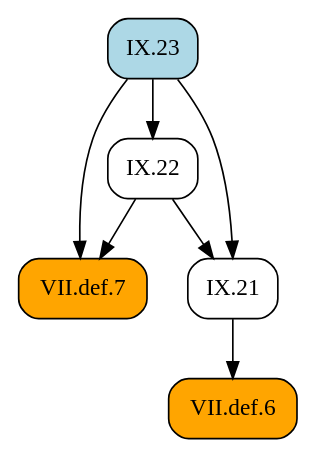
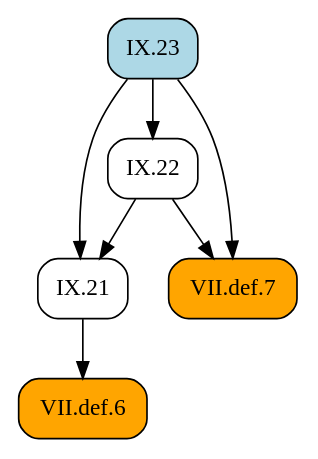
One commit to geometor/elements changed the diagram in docsrc/heath/IX/23/index.rst. Above: the diagram before and after it, drawn with Graphviz. The commit also changed other lines of this file and 1029 other files, not shown here.

```diff
--- a/docsrc/heath/IX/23/index.rst
+++ b/docsrc/heath/IX/23/index.rst
@@ -34,17 +34,17 @@
 .. graphviz::
 
    digraph {
      rankdir="TB";
      node [shape=box, style=rounded];
+     "IX.21" [URL="/heath/IX/21/", target="_top"];
+     "IX.23" [style="rounded,filled", fillcolor=lightblue, URL="/heath/IX/23/", target="_top"];
+     "VII.def.6" [style="rounded,filled", fillcolor=orange, URL="/heath/VII/def.6/", target="_top"];
+     "IX.22" [URL="/heath/IX/22/", target="_top"];
      "VII.def.7" [style="rounded,filled", fillcolor=orange, URL="/heath/VII/def.7/", target="_top"];
-     "IX.21" [URL="/heath/IX/21/", target="_top"];
-     "IX.22" [URL="/heath/IX/22/", target="_top"];
-     "VII.def.6" [style="rounded,filled", fillcolor=orange, URL="/heath/VII/def.6/", target="_top"];
-     "IX.23" [style="rounded,filled", fillcolor=lightblue, URL="/heath/IX/23/", target="_top"];
+     "IX.22" -> "IX.21";
+     "IX.23" -> "IX.21";
+     "IX.21" -> "VII.def.6";
+     "IX.23" -> "IX.22";
      "IX.22" -> "VII.def.7";
      "IX.23" -> "VII.def.7";
-     "IX.22" -> "IX.21";
-     "IX.23" -> "IX.21";
-     "IX.23" -> "IX.22";
-     "IX.21" -> "VII.def.6";
    }
```
